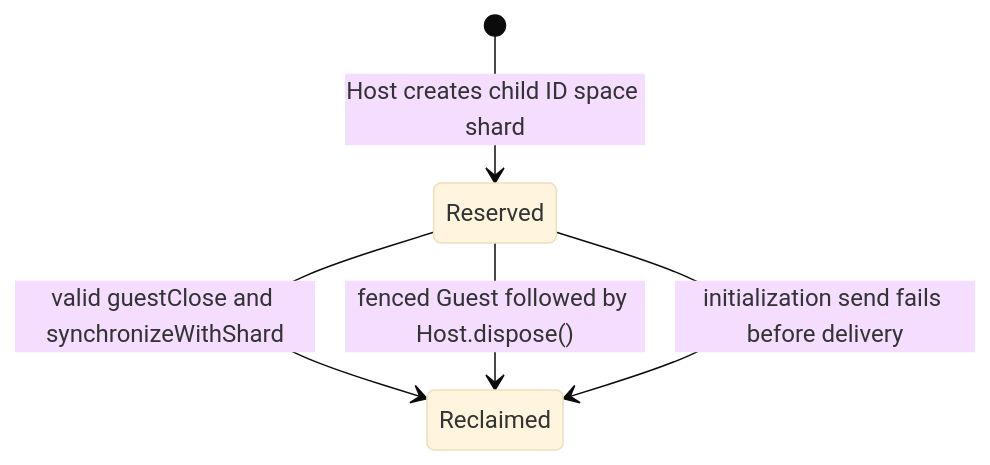
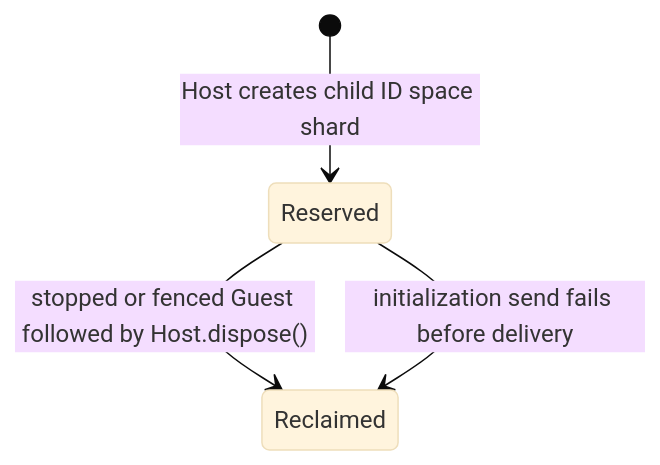
Before and after one commit to microsoft/FluidFramework: the fifth of 5 diagrams in packages/dds/tree/src/test/shared-tree/sandboxing/sandboxing.md, drawn with Mermaid (base theme). The commit also changed other lines of this file and 6 other files, not shown here.

Commit message:
refactor: Further simplify Guest closure flow

````diff
--- a/packages/dds/tree/src/test/shared-tree/sandboxing/sandboxing.md
+++ b/packages/dds/tree/src/test/shared-tree/sandboxing/sandboxing.md
@@ -341,7 +339,6 @@
 ```mermaid
 stateDiagram-v2
     [*] --> Reserved: Host creates child ID space shard
-    Reserved --> Reclaimed: valid guestClose and synchronizeWithShard
-    Reserved --> Reclaimed: fenced Guest followed by Host.dispose()
+    Reserved --> Reclaimed: stopped or fenced Guest followed by Host.dispose()
     Reserved --> Reclaimed: initialization send fails before delivery
 ```
````
